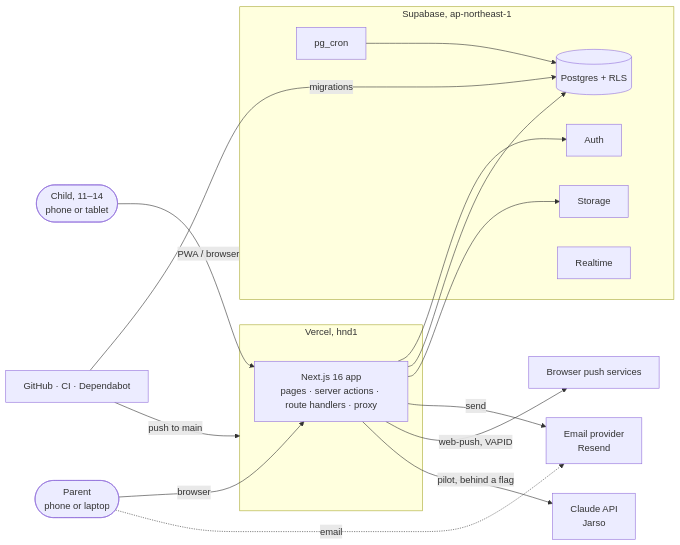
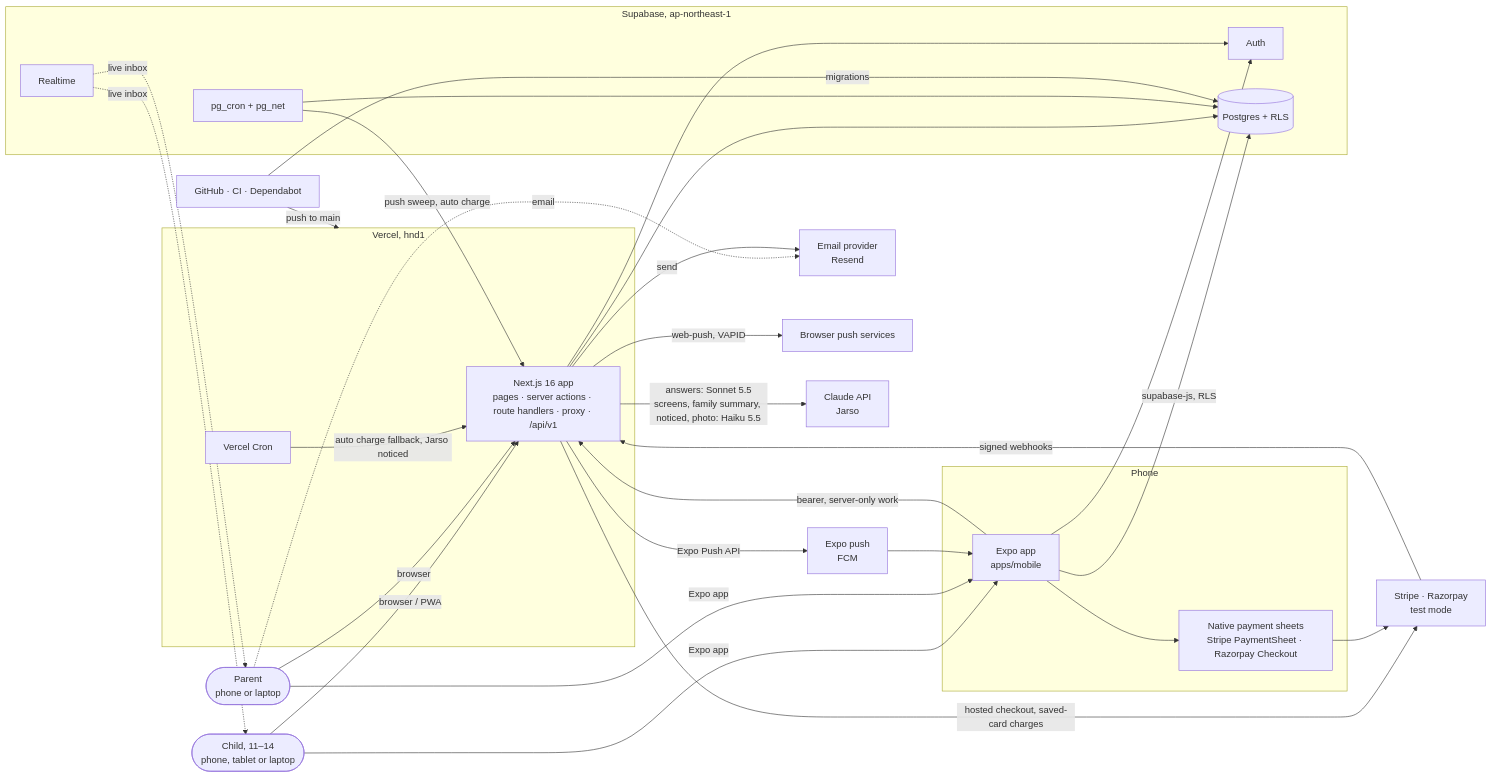
The first of 7 diagrams in docs/architecture.md (harisshakeel/Jarso), drawn with Mermaid before and after one commit. The commit also changed other lines of this file and 40 other files, not shown here.

````diff
--- a/docs/architecture.md
+++ b/docs/architecture.md
@@ -18,25 +18,41 @@
 ```mermaid
 flowchart LR
-  child([Child, 11–14<br/>phone or tablet]) -->|PWA / browser| app
+  child([Child, 11–14<br/>phone, tablet or laptop]) -->|browser / PWA| app
   parent([Parent<br/>phone or laptop]) -->|browser| app
+  child -->|Expo app| phone
+  parent -->|Expo app| phone
   parent -. email .-> email
   subgraph vercel [Vercel, hnd1]
-    app[Next.js 16 app<br/>pages · server actions · route handlers · proxy]
+    app[Next.js 16 app<br/>pages · server actions · route handlers · proxy · /api/v1]
+    vcron[Vercel Cron]
+  end
+  subgraph device [Phone]
+    phone[Expo app<br/>apps/mobile]
+    sheets[Native payment sheets<br/>Stripe PaymentSheet · Razorpay Checkout]
   end
   subgraph supabase [Supabase, ap-northeast-1]
     auth[Auth]
     db[(Postgres + RLS)]
-    cron[pg_cron]
-    storage[Storage]
+    cron[pg_cron + pg_net]
     realtime[Realtime]
   end
   app --> auth
   app --> db
-  app --> storage
+  phone -->|supabase-js, RLS| db
+  phone --> auth
+  phone -->|bearer, server-only work| app
+  realtime -.->|live inbox| child
+  realtime -.->|live inbox| parent
   cron --> db
+  cron -->|push sweep, auto charge| app
+  vcron -->|auto charge fallback, Jarso noticed| app
   app -->|send| email[Email provider<br/>Resend]
-  app -->|web-push, VAPID| push[Browser push services]
-  app -->|pilot, behind a flag| claude[Claude API<br/>Jarso]
+  app -->|web-push, VAPID| webpush[Browser push services]
+  app -->|Expo Push API| expo[Expo push<br/>FCM] --> phone
+  app -->|hosted checkout, saved-card charges| pay[Stripe · Razorpay<br/>test mode]
+  phone --> sheets --> pay
+  pay -->|signed webhooks| app
+  app -->|answers: Sonnet 5.5<br/>screens, family summary, noticed, photo: Haiku 5.5| claude[Claude API<br/>Jarso]
   github[GitHub · CI · Dependabot] -->|push to main| vercel
   github -->|migrations| db
 ```
````
